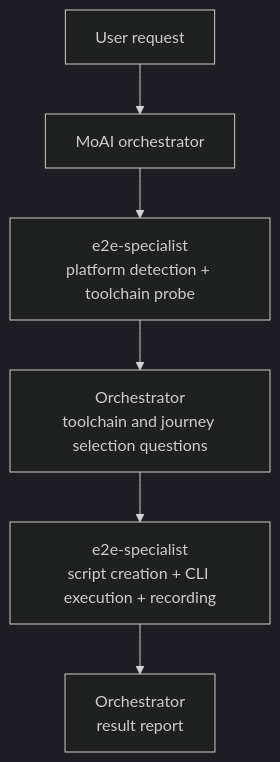
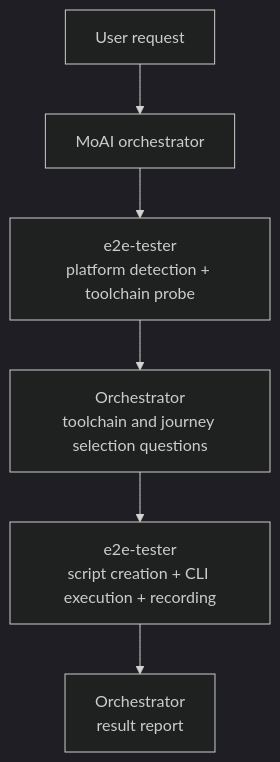
The second of 2 diagrams in docs-site/content/en/utility-commands/moai-e2e.md (modu-ai/moai-adk), drawn with Mermaid (dark theme) before and after one commit. The commit also changed other lines of this file and 72 other files, not shown here.

First line of the commit message:
refactor: rename e2e-specialist agent → e2e-tester

````diff
--- a/docs-site/content/en/utility-commands/moai-e2e.md
+++ b/docs-site/content/en/utility-commands/moai-e2e.md
@@ -157,8 +157,8 @@
 ```mermaid
 flowchart TD
     User["User request"] --> Orchestrator["MoAI orchestrator"]
-    Orchestrator --> Detect["e2e-specialist<br/>platform detection + toolchain probe"]
+    Orchestrator --> Detect["e2e-tester<br/>platform detection + toolchain probe"]
     Detect --> Ask["Orchestrator<br/>toolchain and journey selection questions"]
-    Ask --> Exec["e2e-specialist<br/>script creation + CLI execution + recording"]
+    Ask --> Exec["e2e-tester<br/>script creation + CLI execution + recording"]
     Exec --> Report["Orchestrator<br/>result report"]
 ```
````
